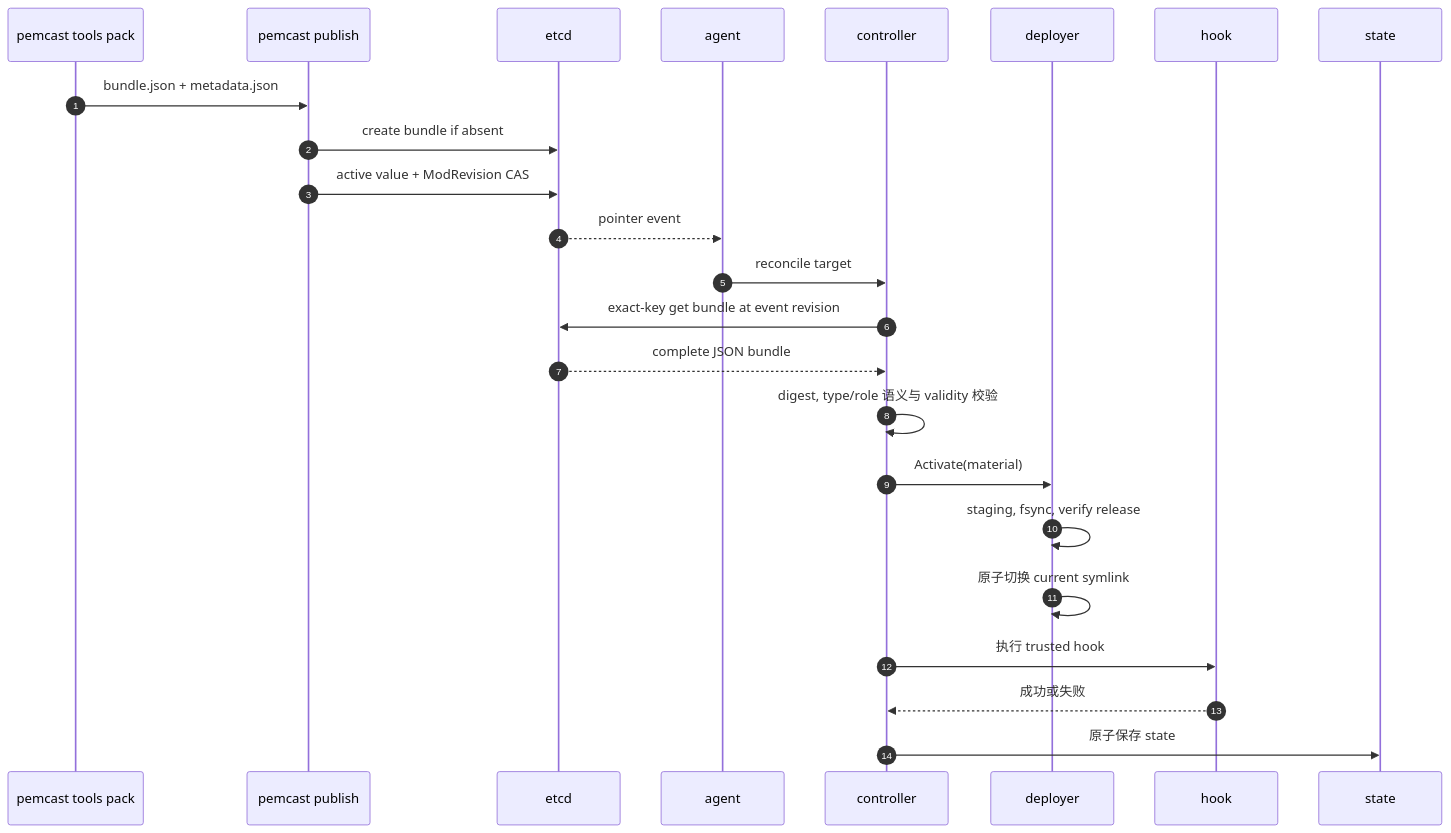
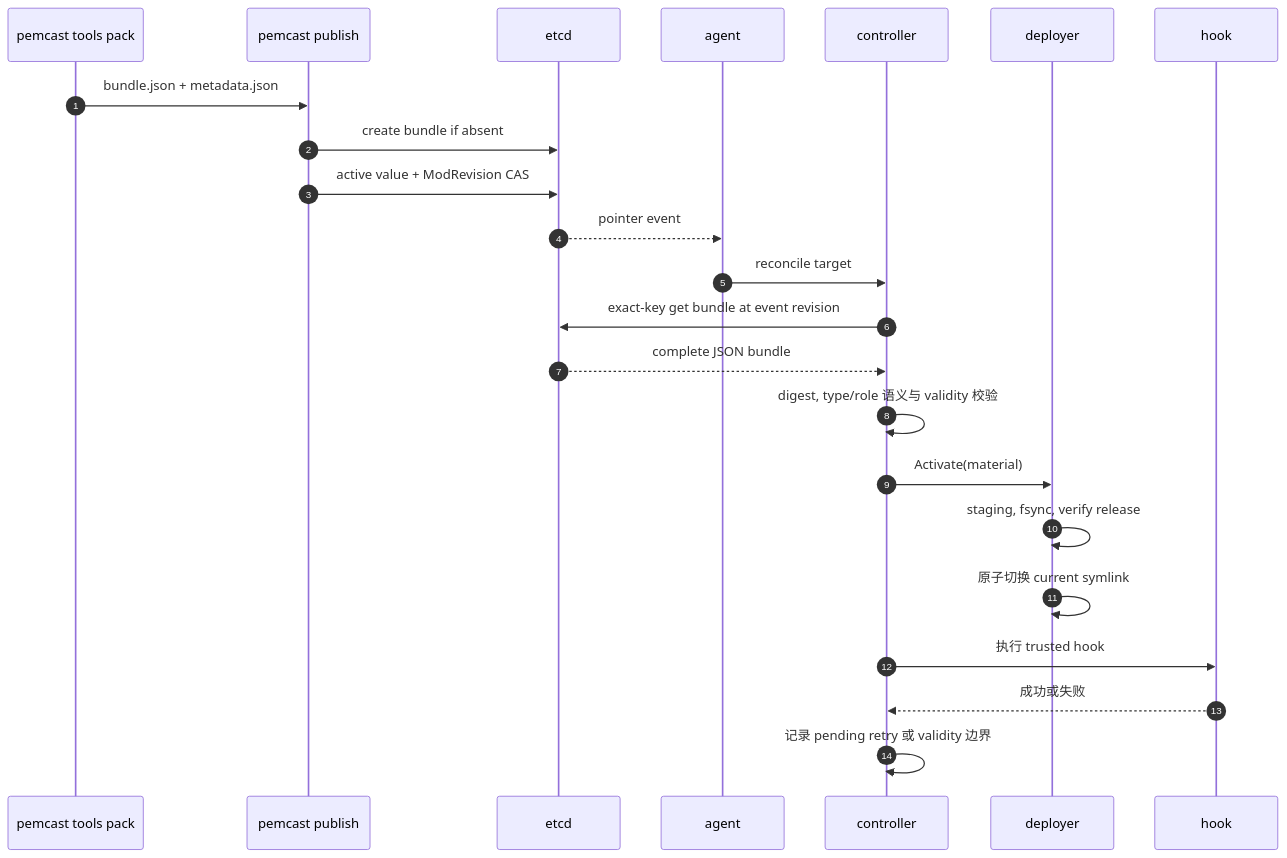
Before and after one commit to lwmacct/260907-pemcast: the diagram in .agents/skills/repo-architecture/references/architecture.md, drawn with Mermaid. The commit also changed other lines of this file and 13 other files, not shown here.

````diff
--- a/.agents/skills/repo-architecture/references/architecture.md
+++ b/.agents/skills/repo-architecture/references/architecture.md
@@ -26,27 +28,26 @@
 ```mermaid
 sequenceDiagram
     autonumber
     participant P as pemcast tools pack
     participant P2 as pemcast publish
     participant E as etcd
     participant A as agent
     participant C as controller
     participant D as deployer
     participant H as hook
-    participant S as state
 
     P->>P2: bundle.json + metadata.json
     P2->>E: create bundle if absent
     P2->>E: active value + ModRevision CAS
     E-->>A: pointer event
     A->>C: reconcile target
     C->>E: exact-key get bundle at event revision
     E-->>C: complete JSON bundle
     C->>C: digest, type/role 语义与 validity 校验
     C->>D: Activate(material)
     D->>D: staging, fsync, verify release
     D->>D: 原子切换 current symlink
     C->>H: 执行 trusted hook
     H-->>C: 成功或失败
-    C->>S: 原子保存 state
+    C->>C: 记录 pending retry 或 validity 边界
 ```
````
